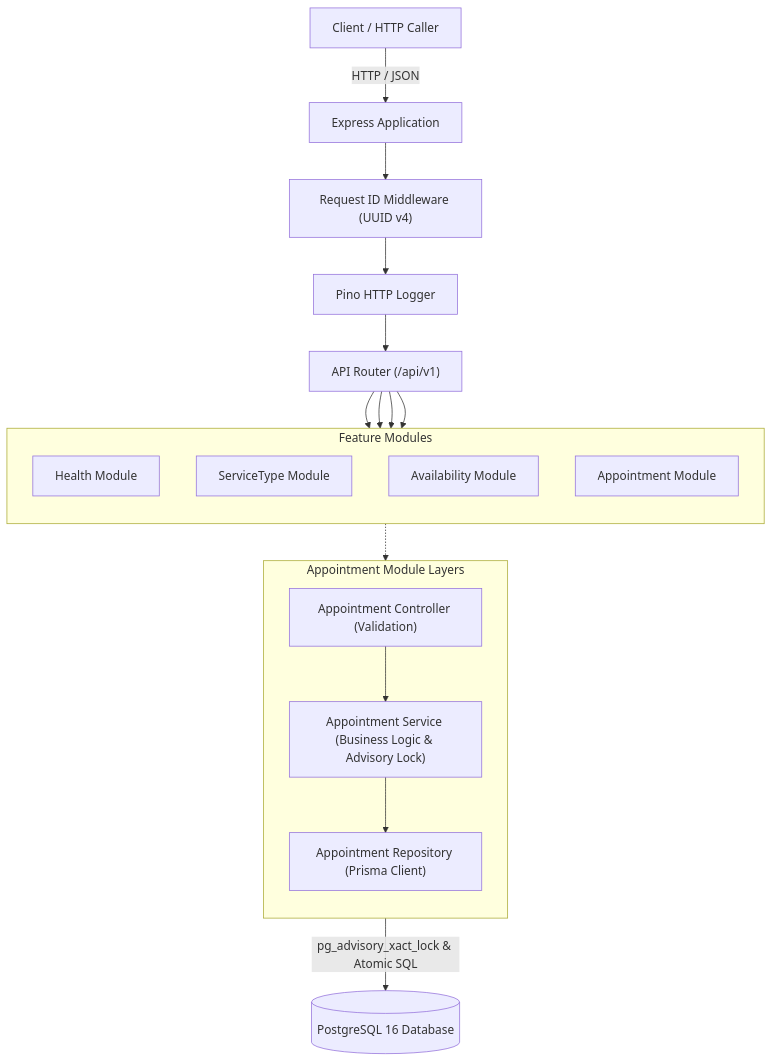
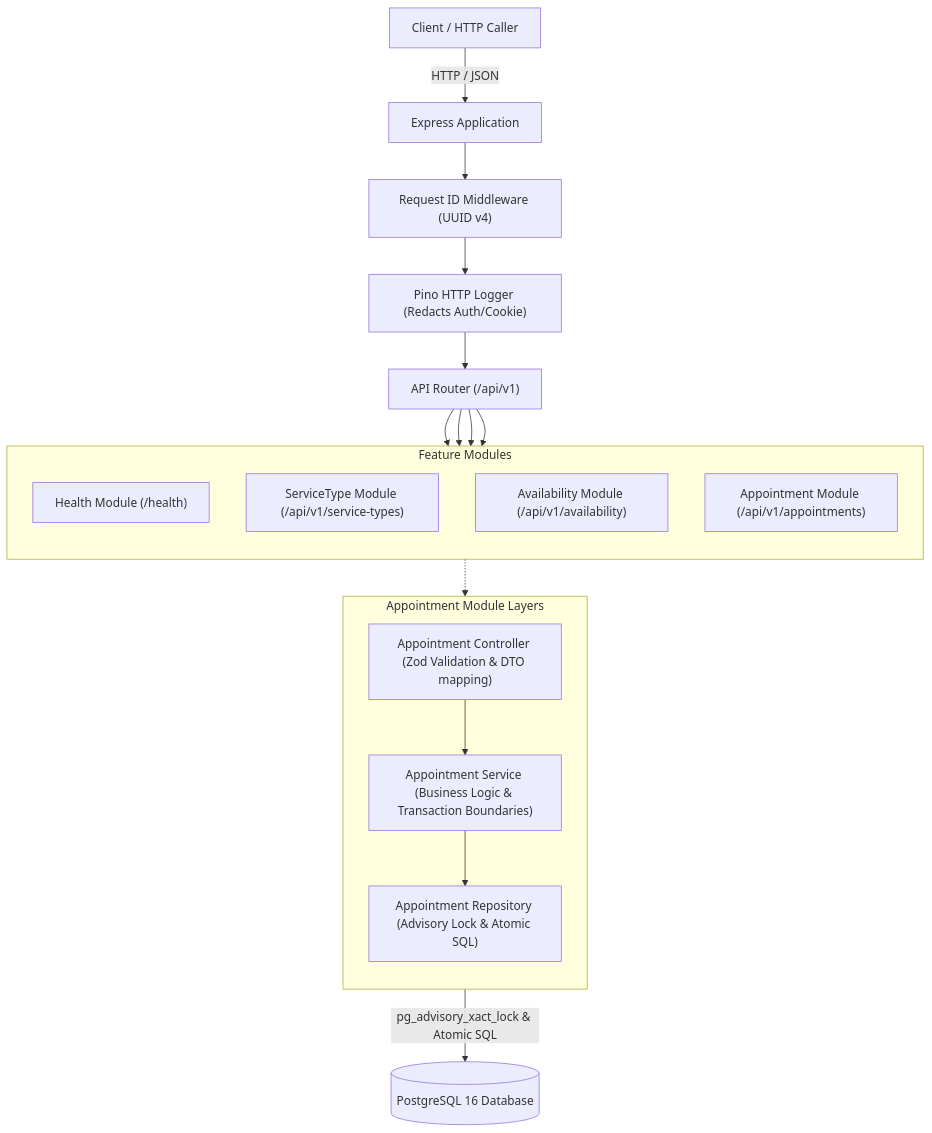
Before and after one commit to HoangDang1123/keyloop-technical-assessment: the first of 3 diagrams in docs/SYSTEM_DESIGN.md, drawn with Mermaid. The commit also changed other lines of this file and 1 other file, not shown here.

````diff
--- a/docs/SYSTEM_DESIGN.md
+++ b/docs/SYSTEM_DESIGN.md
@@ -17,31 +18,31 @@
 ```mermaid
 flowchart TD
     Client["Client / HTTP Caller"] -->|HTTP / JSON| ExpressApp["Express Application"]
     ExpressApp --> ReqIdMiddleware["Request ID Middleware (UUID v4)"]
-    ReqIdMiddleware --> LoggerMiddleware["Pino HTTP Logger"]
+    ReqIdMiddleware --> LoggerMiddleware["Pino HTTP Logger (Redacts Auth/Cookie)"]
     LoggerMiddleware --> Router["API Router (/api/v1)"]
     
     subgraph Modules ["Feature Modules"]
         direction TB
-        Health["Health Module"]
-        ServiceTypeMod["ServiceType Module"]
-        AvailabilityMod["Availability Module"]
-        AppointmentMod["Appointment Module"]
+        Health["Health Module (/health)"]
+        ServiceTypeMod["ServiceType Module (/api/v1/service-types)"]
+        AvailabilityMod["Availability Module (/api/v1/availability)"]
+        AppointmentMod["Appointment Module (/api/v1/appointments)"]
     end
 
     Router --> Health
     Router --> ServiceTypeMod
     Router --> AvailabilityMod
     Router --> AppointmentMod
 
     subgraph Layers ["Appointment Module Layers"]
         direction TB
-        AppController["Appointment Controller (Validation)"]
-        AppService["Appointment Service (Business Logic & Advisory Lock)"]
-        AppRepo["Appointment Repository (Prisma Client)"]
+        AppController["Appointment Controller (Zod Validation & DTO mapping)"]
+        AppService["Appointment Service (Business Logic & Transaction Boundaries)"]
+        AppRepo["Appointment Repository (Advisory Lock & Atomic SQL)"]
         AppController --> AppService --> AppRepo
     end
 
     AppointmentMod -.-> Layers
     AppRepo -->|pg_advisory_xact_lock & Atomic SQL| Postgres[("PostgreSQL 16 Database")]
 ```
````
